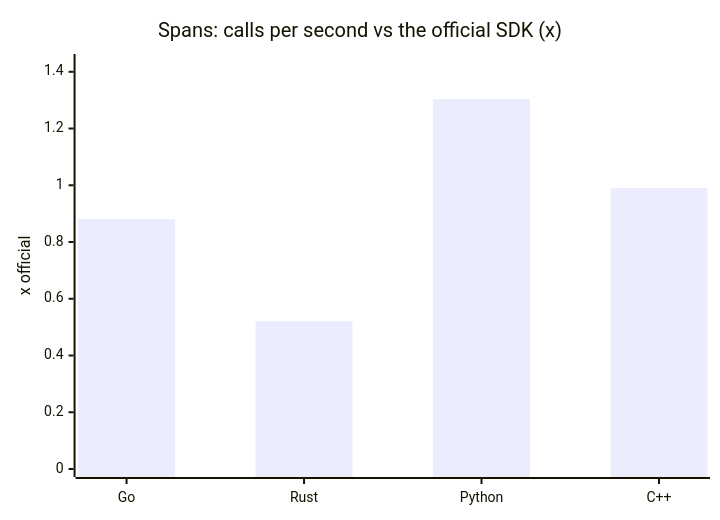
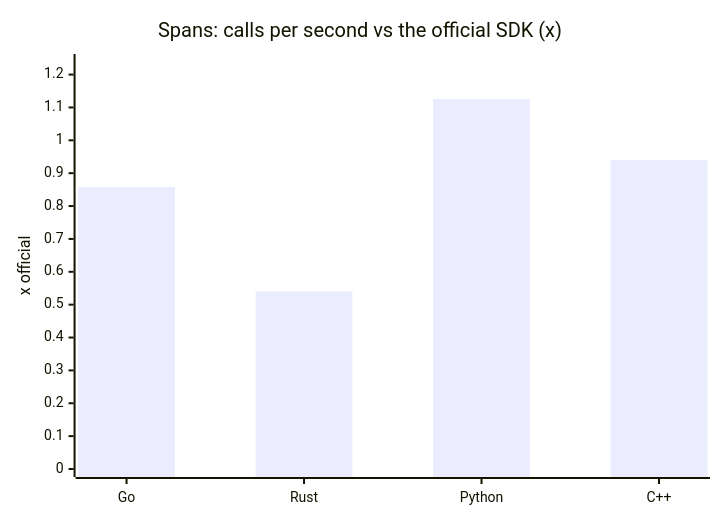
The eighth of 24 diagrams in docs/benchmark.md (the-protobuf-project/telemetry), drawn with Mermaid before and after one commit. The commit also changed other lines of this file and 3 other files, not shown here.

````diff
--- a/docs/benchmark.md
+++ b/docs/benchmark.md
@@ -95,7 +95,7 @@
 ```mermaid
 xychart-beta
     title "Spans: calls per second vs the official SDK (x)"
     x-axis ["Go", "Rust", "Python", "C++"]
-    y-axis "x official" 0 --> 1.43448
-    bar [0.881176, 0.520523, 1.30407, 0.990905]
+    y-axis "x official" 0 --> 1.23828
+    bar [0.858211, 0.540658, 1.12571, 0.940269]
 ```
````
